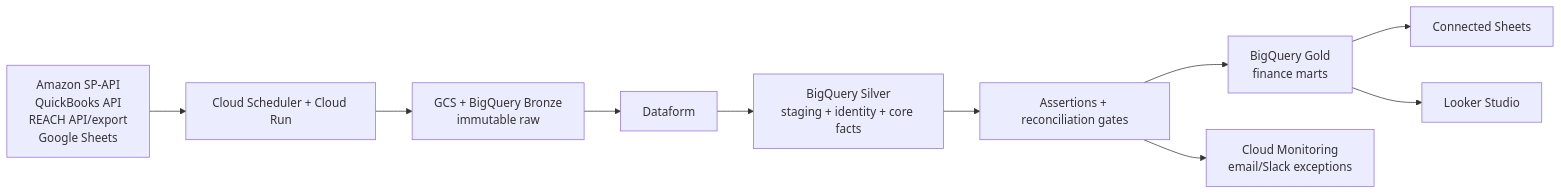
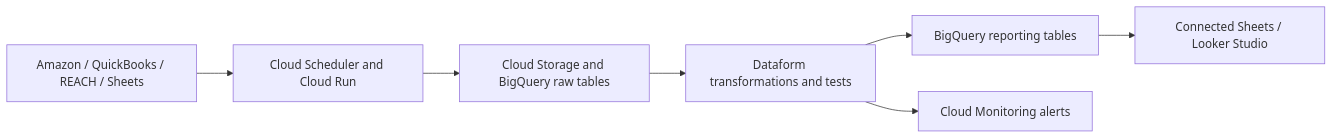
The first of 2 diagrams in docs/architecture_options.md (rubenatello/luminize-assessment), drawn with Mermaid before and after one commit. The commit also changed other lines of this file and 21 other files, not shown here.

````diff
--- a/docs/architecture_options.md
+++ b/docs/architecture_options.md
@@ -7,12 +7,9 @@
-~~~mermaid
+```mermaid
 flowchart LR
-    S[Amazon SP-API<br/>QuickBooks API<br/>REACH API/export<br/>Google Sheets] --> I[Cloud Scheduler + Cloud Run]
-    I --> B[GCS + BigQuery Bronze<br/>immutable raw]
-    B --> DF[Dataform]
-    DF --> SV[BigQuery Silver<br/>staging + identity + core facts]
-    SV --> T[Assertions + reconciliation gates]
-    T --> G[BigQuery Gold<br/>finance marts]
-    G --> CS[Connected Sheets]
-    G --> LS[Looker Studio]
-    T --> A[Cloud Monitoring<br/>email/Slack exceptions]
-~~~
+    S[Amazon / QuickBooks / REACH / Sheets] --> I[Cloud Scheduler and Cloud Run]
+    I --> B[Cloud Storage and BigQuery raw tables]
+    B --> D[Dataform transformations and tests]
+    D --> M[BigQuery reporting tables]
+    M --> C[Connected Sheets / Looker Studio]
+    D --> A[Cloud Monitoring alerts]
+```
````
